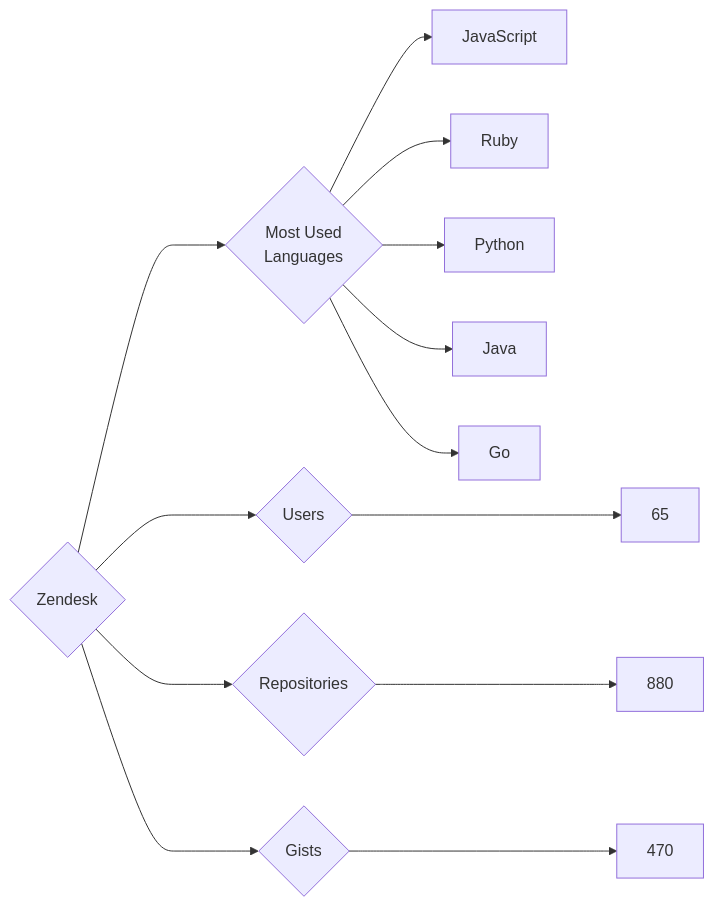
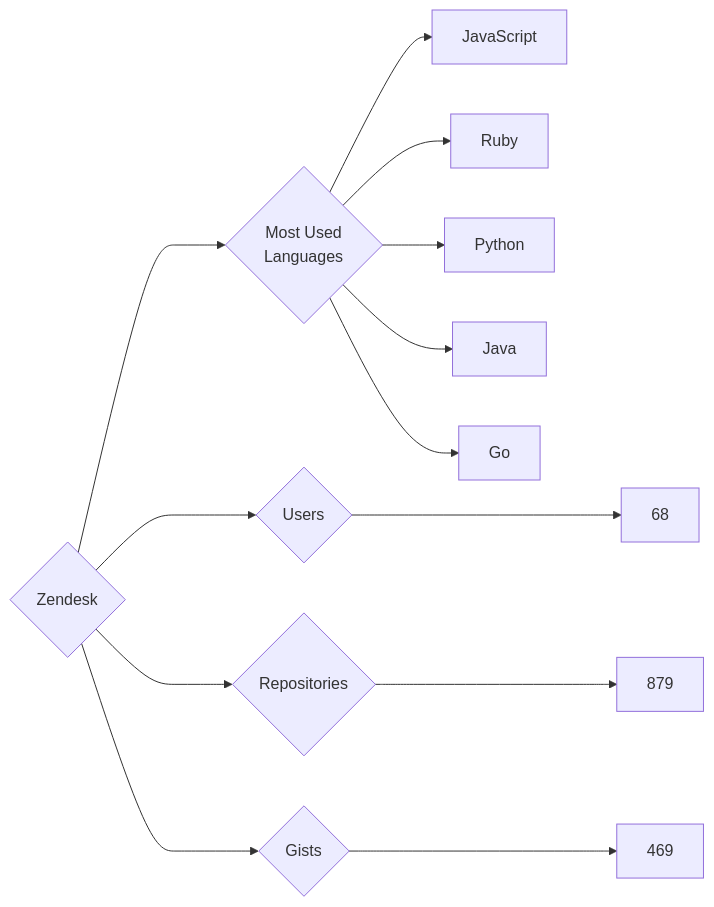
The diagram in targets/Zendesk/README.md (trickest/insiders), drawn with Mermaid before and after one commit. The commit also changed 973 other files, not shown here.

````diff
--- a/targets/Zendesk/README.md
+++ b/targets/Zendesk/README.md
@@ -3,13 +3,13 @@
 ```mermaid
 graph LR
 COMPANY_NAME{Zendesk}
-COMPANY_NAME ---> U{Users} ---> UN[65]
-COMPANY_NAME ---> R{Repositories} ---> RN[880]
-COMPANY_NAME ---> G{Gists} ---> GN[470]
+COMPANY_NAME ---> U{Users} ---> UN[68]
+COMPANY_NAME ---> R{Repositories} ---> RN[879]
+COMPANY_NAME ---> G{Gists} ---> GN[469]
 COMPANY_NAME ---> ML{Most Used<br>Languages}
 ML --> JavaScript[JavaScript]
 ML --> Ruby[Ruby]
 ML --> Python[Python]
 ML --> Java[Java]
 ML --> Go[Go]
 ```
````
